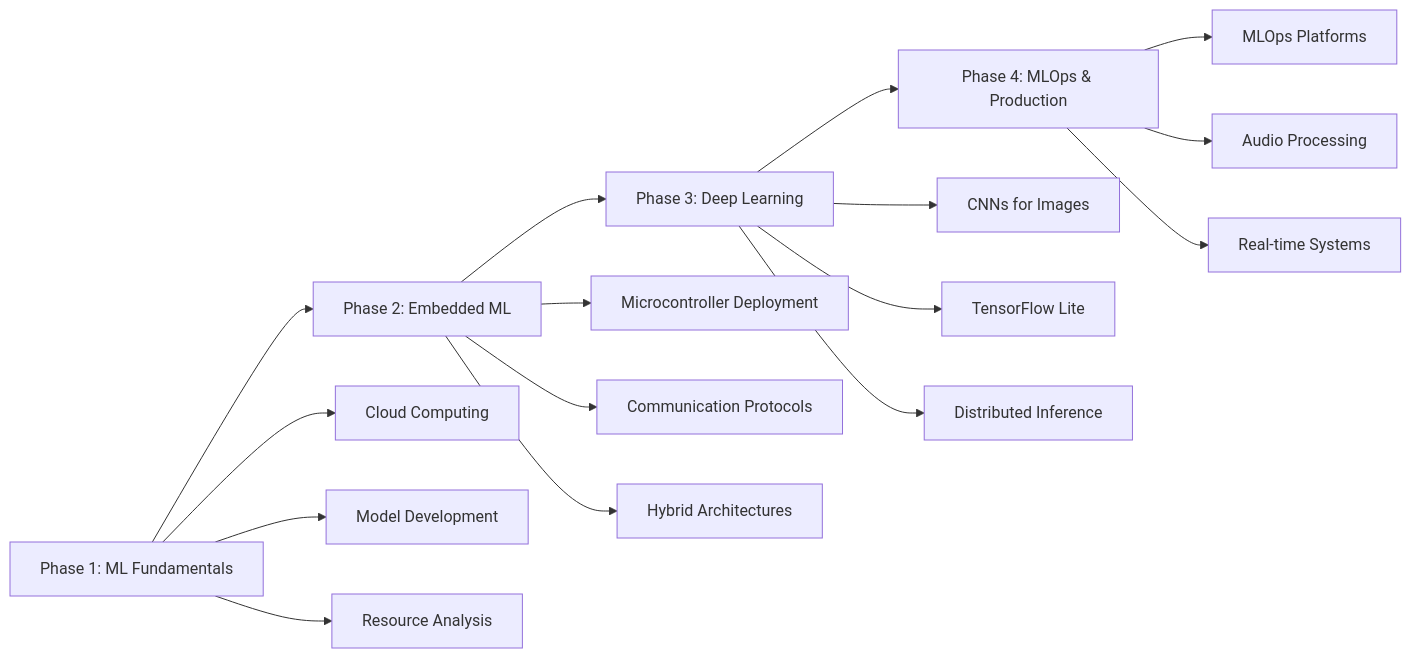
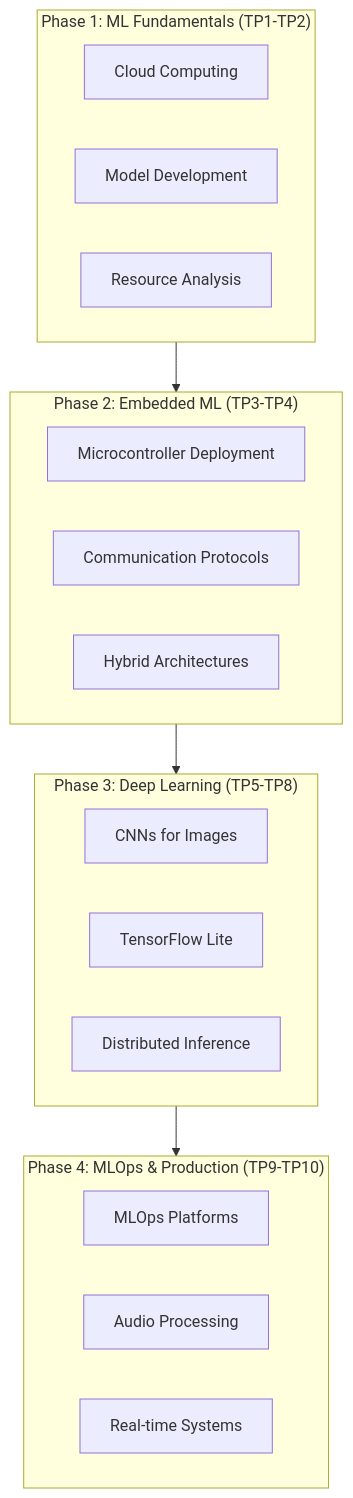
The diagram in README.md (ahmed3991/AIoT-2025), drawn with Mermaid before and after one commit.

Commit message:
Restructure README Mermaid graph with subgraphs and top-bottom layout for improved phase visualization.

````diff
--- a/README.md
+++ b/README.md
@@ -15,22 +15,30 @@
 ```mermaid
-graph LR
-    A[Phase 1: ML Fundamentals] --> B[Phase 2: Embedded ML]
-    B --> C[Phase 3: Deep Learning]
-    C --> D[Phase 4: MLOps & Production]
+graph TB
+    subgraph Phase1["Phase 1: ML Fundamentals (TP1-TP2)"]
+        A1[Cloud Computing]
+        A2[Model Development]
+        A3[Resource Analysis]
+    end
     
-    A --> A1[Cloud Computing]
-    A --> A2[Model Development]
-    A --> A3[Resource Analysis]
+    subgraph Phase2["Phase 2: Embedded ML (TP3-TP4)"]
+        B1[Microcontroller Deployment]
+        B2[Communication Protocols]
+        B3[Hybrid Architectures]
+    end
     
-    B --> B1[Microcontroller Deployment]
-    B --> B2[Communication Protocols]
-    B --> B3[Hybrid Architectures]
+    subgraph Phase3["Phase 3: Deep Learning (TP5-TP8)"]
+        C1[CNNs for Images]
+        C2[TensorFlow Lite]
+        C3[Distributed Inference]
+    end
     
-    C --> C1[CNNs for Images]
-    C --> C2[TensorFlow Lite]
-    C --> C3[Distributed Inference]
+    subgraph Phase4["Phase 4: MLOps & Production (TP9-TP10)"]
+        D1[MLOps Platforms]
+        D2[Audio Processing]
+        D3[Real-time Systems]
+    end
     
-    D --> D1[MLOps Platforms]
-    D --> D2[Audio Processing]
-    D --> D3[Real-time Systems]
+    Phase1 --> Phase2
+    Phase2 --> Phase3
+    Phase3 --> Phase4
 ```
````
